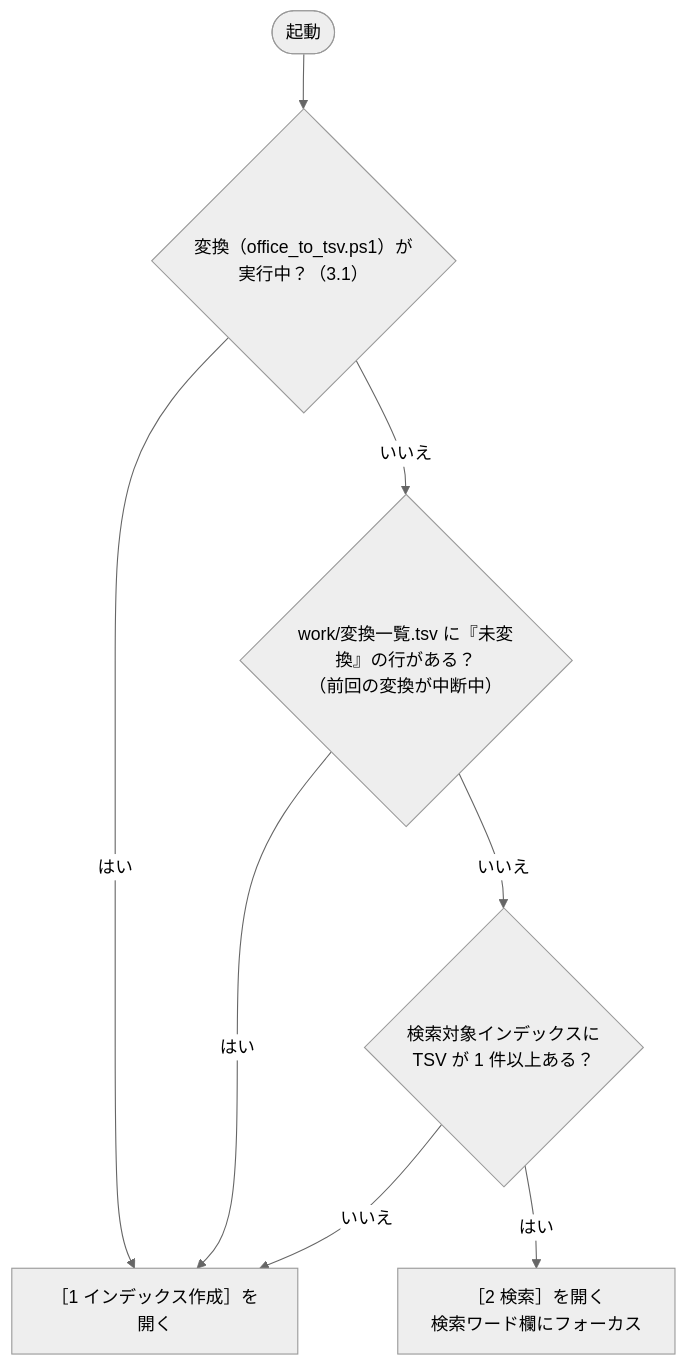
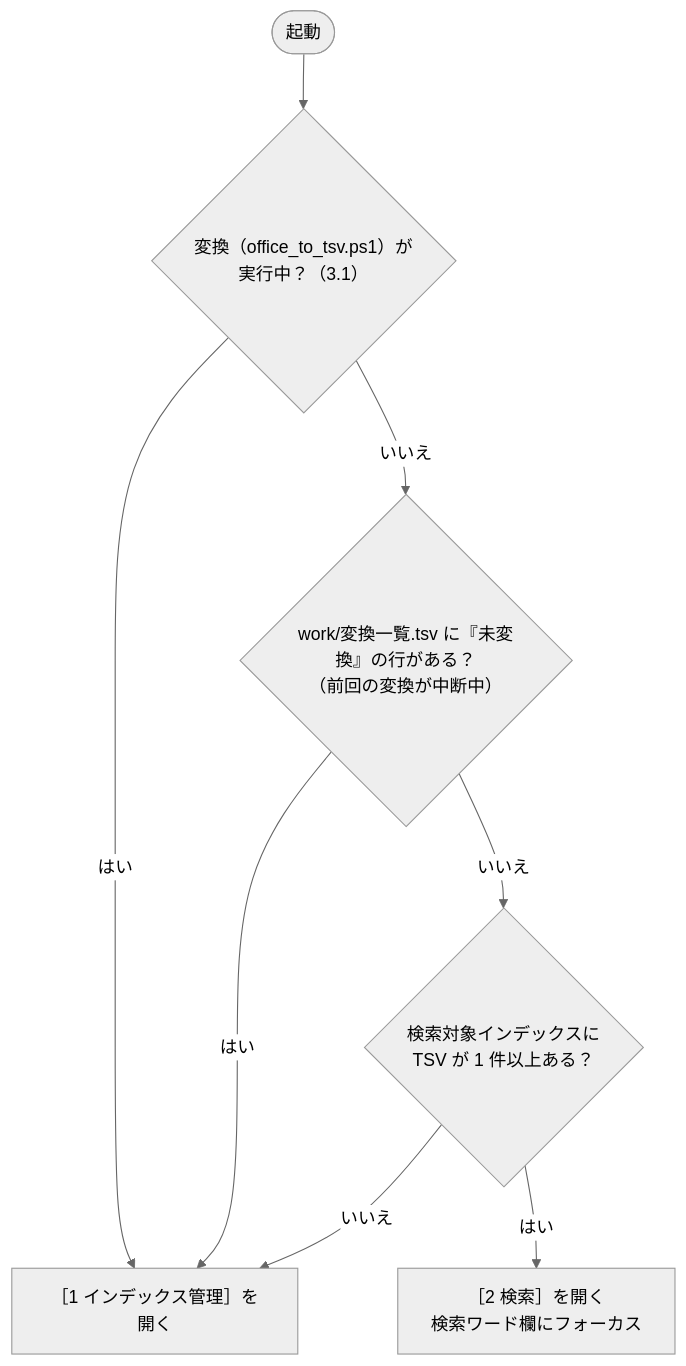
One commit to hsgwa/tebunko changed the diagram in docs/03_画面.md. Above: the diagram before and after it, drawn with Mermaid (neutral theme). The commit also changed other lines of this file and 27 other files, not shown here.

````diff
--- a/docs/03_画面.md
+++ b/docs/03_画面.md
@@ -95,10 +96,10 @@
 ```mermaid
 flowchart TD
     S(["起動"]) --> R{"変換（office_to_tsv.ps1）が<br>実行中？（3.1）"}
     R -- はい --> T1
     R -- いいえ --> A{"work/変換一覧.tsv に『未変換』の行がある？<br>（前回の変換が中断中）"}
-    A -- はい --> T1["［1 インデックス作成］を開く"]
+    A -- はい --> T1["［1 インデックス管理］を開く"]
     A -- いいえ --> B{"検索対象インデックスに<br>TSV が 1 件以上ある？"}
     B -- いいえ --> T1
     B -- はい --> T2["［2 検索］を開く<br>検索ワード欄にフォーカス"]
 ```
````
